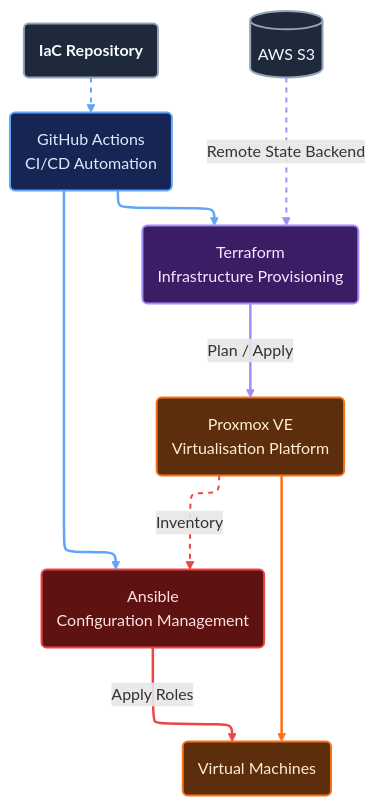
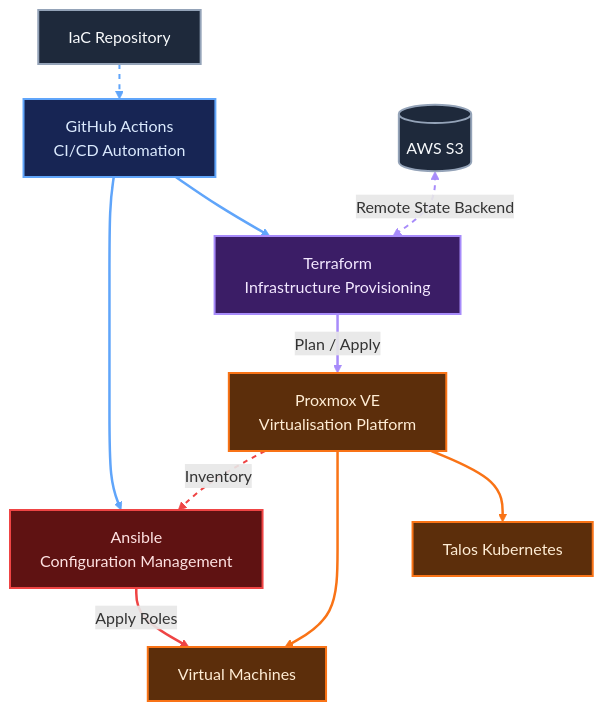
One commit to rauland/iac changed the diagram in README.md. Above: the diagram before and after it, drawn with Mermaid. The commit also changed other lines of this file and 1 other file, not shown here.

Commit message:
Update README.md for improved clarity on infrastructure automation and Ansible deployment targets

````diff
--- a/README.md
+++ b/README.md
@@ -7,50 +9,39 @@
 ```mermaid
 ---
 config:
-  layout: elk
   flowchart:
     curve: basis
-    htmlLabels: true
+    nodeSpacing: 130
+    rankSpacing: 35
 ---
-graph TD
-    repo("<b>IaC Repository")
-    actions("GitHub Actions<br/>CI/CD Automation")
-    tf("Terraform<br/>Infrastructure Provisioning")
-    s3[("AWS S3")]
-    pve("Proxmox VE<br/>Virtualisation Platform")
-    ansible("Ansible<br/>Configuration Management")
-    vms("Virtual Machines")
-
-    repo --> actions
-    actions --> tf
-    actions --> ansible
-    s3 -->|Remote State Backend| tf
-    tf -->|Plan / Apply| pve
-    pve --> vms
-    pve -->|Inventory| ansible
+flowchart TB
+    repo["IaC Repository"] --> actions["GitHub Actions<br/>CI/CD Automation"]
+    actions --> terraform["Terraform<br/>Infrastructure Provisioning"]
+    actions --> ansible["Ansible"]
+    state[("AWS S3")] <-->|Remote State Backend| terraform
+    terraform -->|Plan / Apply| proxmox["Proxmox VE<br/>Virtualisation Platform"]
+    proxmox --> talos["Talos Kubernetes"]
+    proxmox --> vms["Virtual Machines"]
+    proxmox -.->|Inventory| ansible["Ansible<br/>Configuration Management"]
     ansible -->|Apply Roles| vms
 
     classDef cloud fill:#1E293B,stroke:#94A3B8,color:#F8FAFC,stroke-width:2px
     classDef cicd fill:#172554,stroke:#60A5FA,color:#DBEAFE,stroke-width:2px
     classDef terraform fill:#3B1D66,stroke:#A78BFA,color:#F3E8FF,stroke-width:2px
     classDef ansible fill:#5F1212,stroke:#EF4444,color:#FEE2E2,stroke-width:2px
     classDef infra fill:#5C2E0B,stroke:#F97316,color:#FFEDD5,stroke-width:2px
 
-    class repo cloud
+    class repo,state cloud
     class actions cicd
-    class tf terraform
+    class terraform terraform
     class ansible ansible
-    class pve infra
-    class s3 cloud
-    class vms infra
+    class proxmox,vms,talos infra
 
     linkStyle 0 stroke:#60A5FA,stroke-width:2px,stroke-dasharray:5 5
-    linkStyle 1 stroke:#60A5FA,stroke-width:2.5px
-    linkStyle 2 stroke:#60A5FA,stroke-width:2.5px
+    linkStyle 1,2 stroke:#60A5FA,stroke-width:2.5px
     linkStyle 3 stroke:#A78BFA,stroke-width:2px,stroke-dasharray:5 5
     linkStyle 4 stroke:#A78BFA,stroke-width:2.5px
-    linkStyle 5 stroke:#F97316,stroke-width:2.5px
-    linkStyle 6 stroke:#EF4444,stroke-width:2px,stroke-dasharray:5 5
-    linkStyle 7 stroke:#EF4444,stroke-width:2.5px
-
+    linkStyle 5,6 stroke:#F97316,stroke-width:2.5px
+    linkStyle 7 stroke:#EF4444,stroke-width:2px,stroke-dasharray:5 5
+    linkStyle 8 stroke:#EF4444,stroke-width:2.5px
 ```
````
